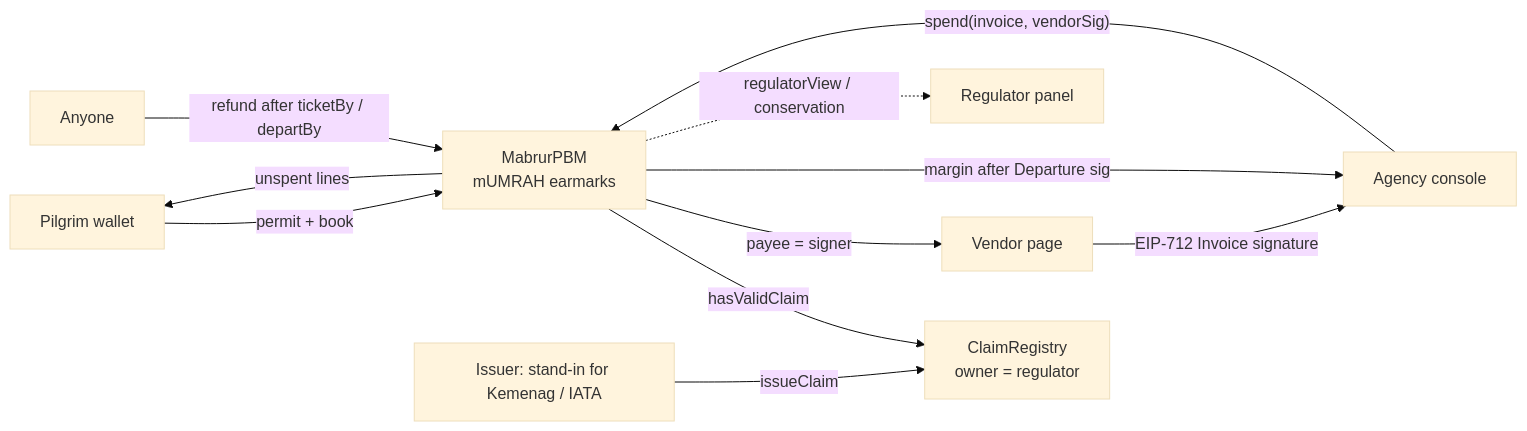
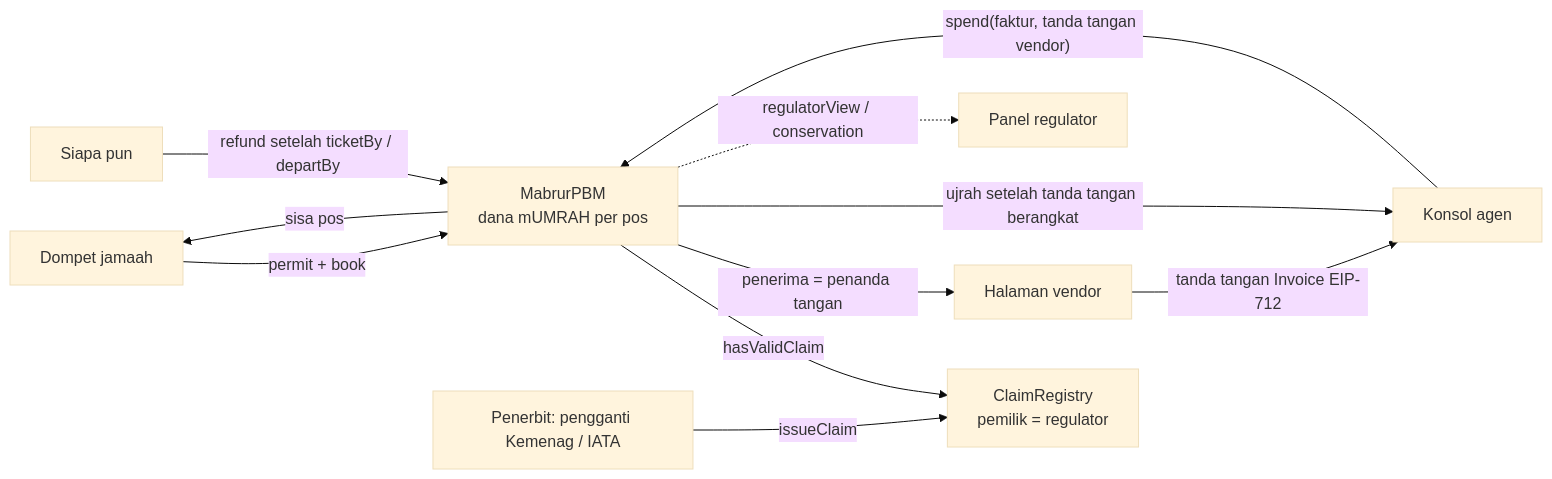
Before and after one commit to edycutjong/mabrur: the diagram in README.md, drawn with Mermaid (base theme). The commit also changed other lines of this file and 1 other file, not shown here.

````diff
--- a/README.md
+++ b/README.md
@@ -82,13 +85,13 @@
 ```mermaid
 flowchart LR
-  P[Pilgrim wallet] -- permit + book --> PBM[MabrurPBM<br/>mUMRAH earmarks]
-  A[Agency console] -- spend(invoice, vendorSig) --> PBM
-  V[Vendor page] -- EIP-712 Invoice signature --> A
-  PBM -- hasValidClaim --> R[ClaimRegistry<br/>owner = regulator]
-  I[Issuer: stand-in for Kemenag / IATA] -- issueClaim --> R
-  PBM -- payee = signer --> V
-  PBM -- margin after Departure sig --> A
-  X[Anyone] -- refund after ticketBy / departBy --> PBM
-  PBM -- unspent lines --> P
-  PBM -. regulatorView / conservation .-> G[Regulator panel]
+  P[Dompet jamaah] -- permit + book --> PBM[MabrurPBM<br/>dana mUMRAH per pos]
+  A[Konsol agen] -- spend(faktur, tanda tangan vendor) --> PBM
+  V[Halaman vendor] -- tanda tangan Invoice EIP-712 --> A
+  PBM -- hasValidClaim --> R[ClaimRegistry<br/>pemilik = regulator]
+  I[Penerbit: pengganti Kemenag / IATA] -- issueClaim --> R
+  PBM -- penerima = penanda tangan --> V
+  PBM -- ujrah setelah tanda tangan berangkat --> A
+  X[Siapa pun] -- refund setelah ticketBy / departBy --> PBM
+  PBM -- sisa pos --> P
+  PBM -. regulatorView / conservation .-> G[Panel regulator]
 ```
````
